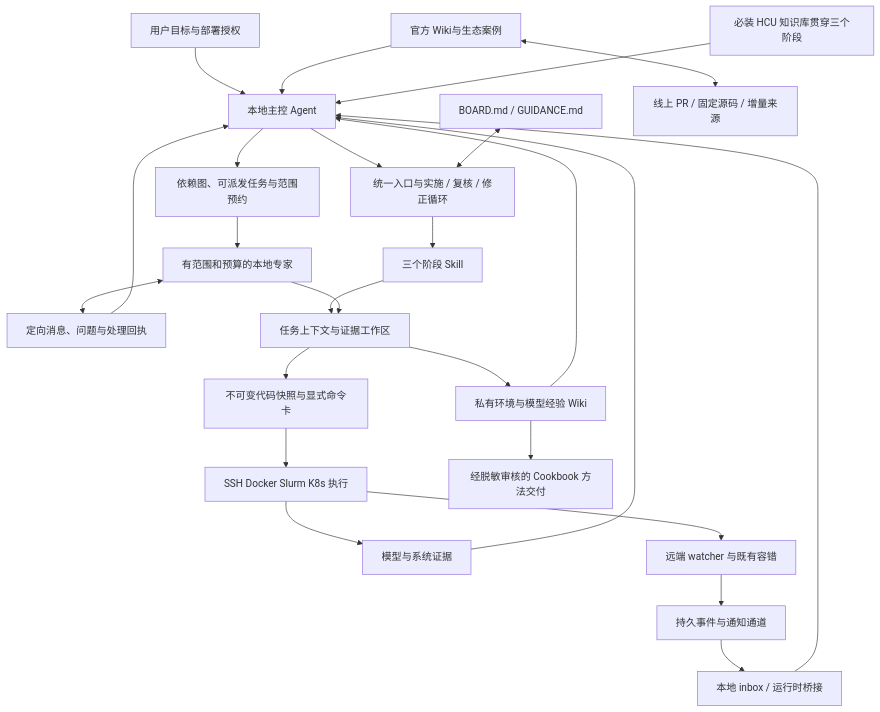
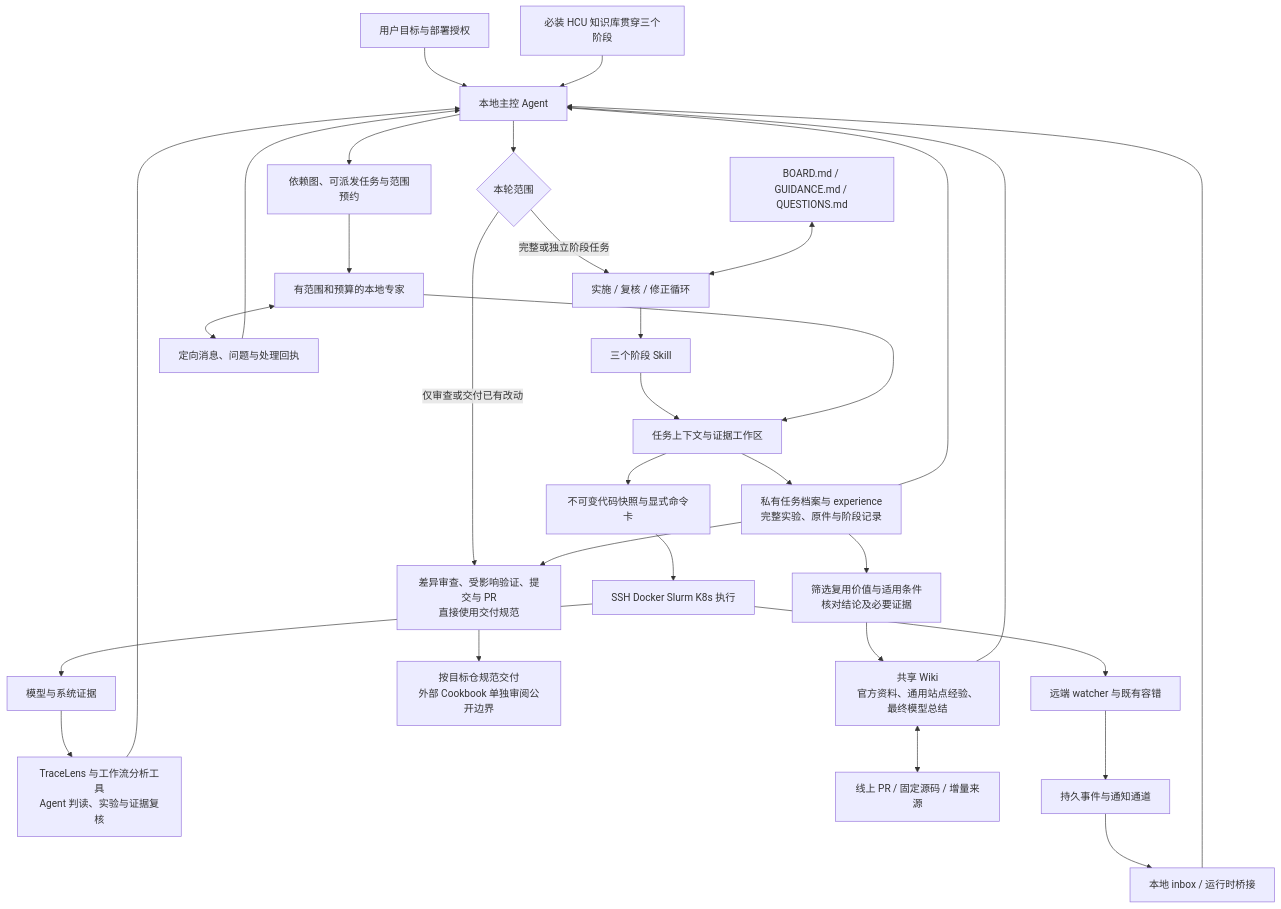
Before and after one commit to yuguo-Jack/HCU-TrainFlow: the diagram in docs/architecture.md, drawn with Mermaid. The commit also changed other lines of this file and 15 other files, not shown here.

Commit message:
Refresh workflow diagrams and project introductions for current mainline

````diff
--- a/docs/architecture.md
+++ b/docs/architecture.md
@@ -5,27 +5,33 @@
 ```mermaid
 flowchart TD
     U[用户目标与部署授权] --> A[本地主控 Agent]
-    A --> F[统一入口与实施 / 复核 / 修正循环]
+    A --> MODE{本轮范围}
+    MODE -->|完整或独立阶段任务| F[实施 / 复核 / 修正循环]
+    MODE -->|仅审查或交付已有改动| DELIVERY[差异审查、受影响验证、提交与 PR<br/>直接使用交付规范]
     F --> S[三个阶段 Skill]
-    HN[BOARD.md / GUIDANCE.md] <--> F
+    HN[BOARD.md / GUIDANCE.md / QUESTIONS.md] <--> F
     A --> DAG[依赖图、可派发任务与范围预约]
     DAG --> E[有范围和预算的本地专家]
     E <--> MSG[定向消息、问题与处理回执]
     MSG --> A
     S --> W[任务上下文与证据工作区]
     E --> W
     W --> C[不可变代码快照与显式命令卡]
     C --> R[SSH Docker Slurm K8s 执行]
     R --> P[模型与系统证据]
-    P --> A
-    K[官方 Wiki与生态案例] --> A
+    P --> ANALYSIS[TraceLens 与工作流分析工具<br/>Agent 判读、实验与证据复核]
+    ANALYSIS --> A
+    K[共享 Wiki<br/>官方资料、通用站点经验、最终模型总结] --> A
     K <--> PR[线上 PR / 固定源码 / 增量来源]
-    W --> EK[私有环境与模型经验 Wiki]
+    W --> EK[私有任务档案与 experience<br/>完整实验、原件与阶段记录]
     EK --> A
-    EK --> CB[经脱敏审核的 Cookbook 方法交付]
+    EK --> CURATE[筛选复用价值与适用条件<br/>核对结论及必要证据]
+    CURATE --> K
+    EK --> DELIVERY
+    DELIVERY --> CB[按目标仓规范交付<br/>外部 Cookbook 单独审阅公开边界]
     H[必装 HCU 知识库贯穿三个阶段] --> A
     R --> D[远端 watcher 与既有容错]
     D --> O[持久事件与通知通道]
     O --> I[本地 inbox / 运行时桥接]
     I --> A
 ```
````
